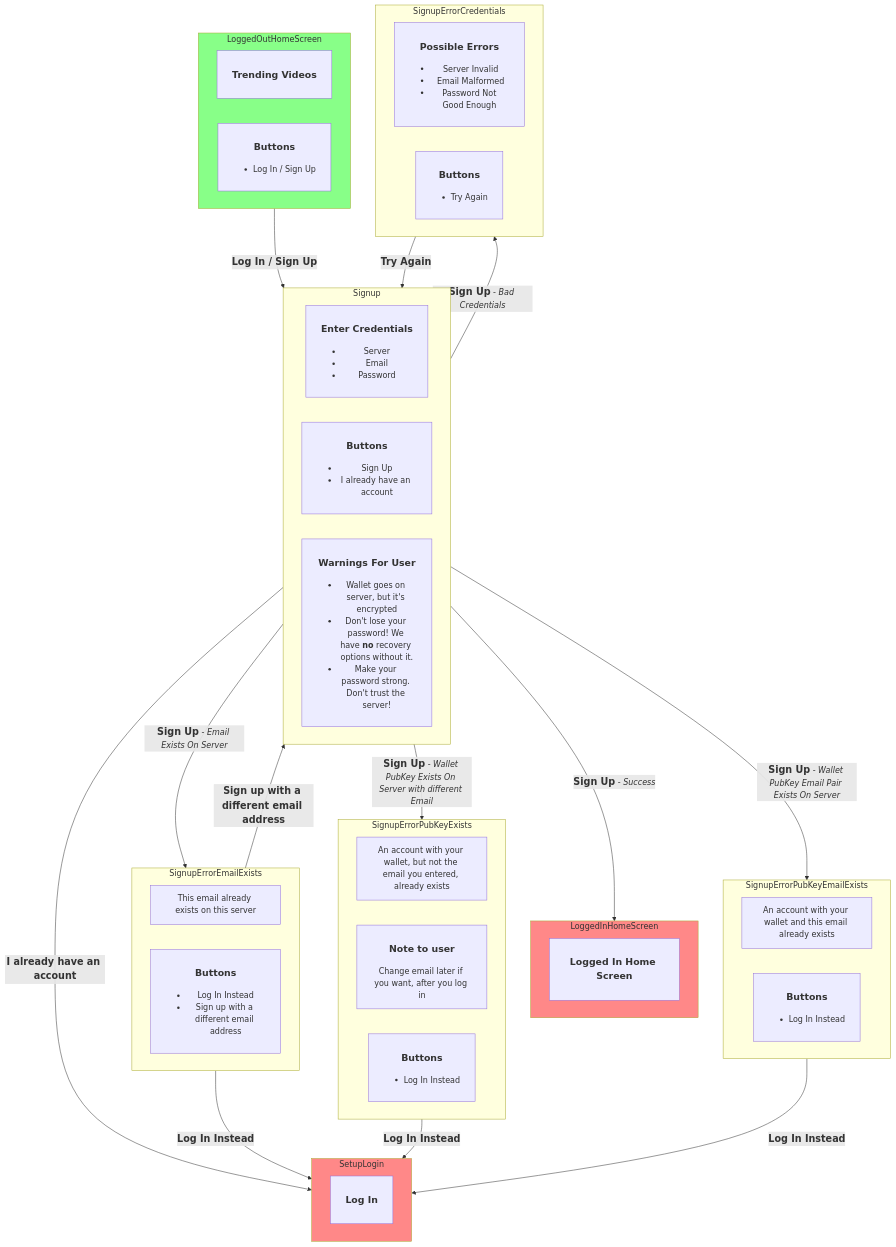
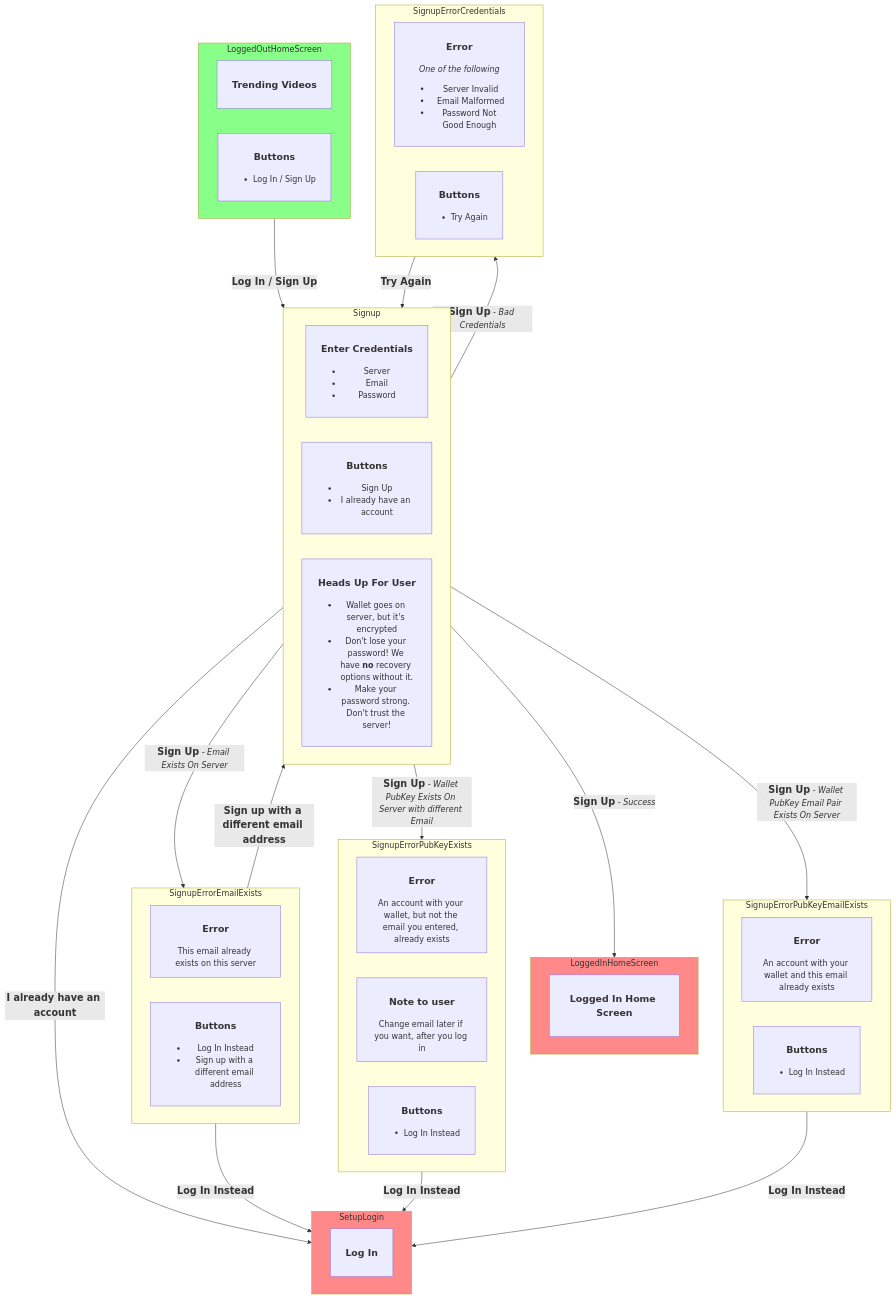
The first of 7 diagrams in spec/user-flows.md (orblivion/lbry-wallet-sync-draft), drawn with Mermaid before and after one commit.

Commit message:
Error Headers

````diff
--- a/spec/user-flows.md
+++ b/spec/user-flows.md
@@ -11,73 +11,73 @@
 ```mermaid
 flowchart TD
 	classDef start fill:#8f8;
 	classDef finish fill:#f88;
   LoggedInHomeScreen:::finish
   SetupLogin:::finish
   LoggedOutHomeScreen:::start
 
   LoggedOutHomeScreen --<big><b>Log In / Sign Up</b></big>--> Signup
   Signup --<big><b>Sign Up</b></big> - <i>Success</i>--> LoggedInHomeScreen
   Signup --<big><b>I already have an account</b></big>--> SetupLogin
 
   Signup --<big><b>Sign Up</b></big> - <i>Bad Credentials</i>--> SignupErrorCredentials
   SignupErrorCredentials --<big><b>Try Again</b></big>--> Signup
 
   Signup --<big><b>Sign Up</b></big> - <i>Email Exists On Server</i>--> SignupErrorEmailExists
   SignupErrorEmailExists --<big><b>Sign up with a different email address</b></big>--> Signup
   SignupErrorEmailExists --<big><b>Log In Instead</b></big>--> SetupLogin
 
   Signup --<big><b>Sign Up</b></big> - <i>Wallet PubKey Exists On Server with different Email</i>--> SignupErrorPubKeyExists
   SignupErrorPubKeyExists --<big><b>Log In Instead</b></big>--> SetupLogin
 
   Signup --<big><b>Sign Up</b></big> - <i>Wallet PubKey Email Pair Exists On Server</i>--> SignupErrorPubKeyEmailExists
   SignupErrorPubKeyEmailExists --<big><b>Log In Instead</b></big>--> SetupLogin
 
   subgraph LoggedOutHomeScreen
 		direction RL
     LoggedOutHomeScreen1[<h3>Trending Videos</h3>]
     LoggedOutHomeScreen2[<h3>Buttons</h3><ul><li>Log In / Sign Up</li></ul>]
   end
 
   subgraph LoggedInHomeScreen
 		LoggedInHomeScreen1[<h3>Logged In Home Screen</h3>]
   end
 
   subgraph SetupLogin
 		SetupLogin1[<h3>Log In</h3>]
   end
 
   subgraph SignupErrorPubKeyEmailExists
 		direction RL
-		SignupErrorPubKeyEmailExists1[An account with your wallet and this email already exists]
+		SignupErrorPubKeyEmailExists1[<h3>Error</h3>An account with your wallet and this email already exists]
     SignupErrorPubKeyEmailExists2[<h3>Buttons</h3><ul><li>Log In Instead</li></ul>]
   end
 
 	subgraph SignupErrorEmailExists
 		direction RL
-		SignupErrorEmailExists1[This email already exists on this server]
+		SignupErrorEmailExists1[<h3>Error</h3>This email already exists on this server]
     SignupErrorEmailExists2[<h3>Buttons</h3><ul><li>Log In Instead</li><li>Sign up with a different email address</li></ul>]
   end
 
   subgraph Signup
 		direction RL
     Signup1[<h3>Enter Credentials</h3><ul><li>Server</li><li>Email</li><li>Password</li></ul>]
     Signup2[<h3>Buttons</h3><ul><li>Sign Up</li></ul>]
     Signup2[<h3>Buttons</h3><ul><li>Sign Up</li><li>I already have an account</li></ul>]
-    Signup3[<h3>Warnings For User</h3><ul><li>Wallet goes on server, but it's encrypted<li>Don't lose your password! We have <b>no</b> recovery options without it.<li>Make your password strong. Don't trust the server!</ul>]
+    Signup3[<h3>Heads Up For User</h3><ul><li>Wallet goes on server, but it's encrypted<li>Don't lose your password! We have <b>no</b> recovery options without it.<li>Make your password strong. Don't trust the server!</ul>]
   end
 
   subgraph SignupErrorCredentials
 		direction RL
-		SignupErrorCredentials1[<h3>Possible Errors</h3><ul><li> Server Invalid<li> Email Malformed<li> Password Not Good Enough</ul>]
+		SignupErrorCredentials1[<h3>Error</h3><i>One of the following</i><ul><li> Server Invalid<li> Email Malformed<li> Password Not Good Enough</ul>]
     SignupErrorCredentials2[<h3>Buttons</h3><ul><li>Try Again</li></ul>]
   end
 
 
   subgraph SignupErrorPubKeyExists
 		direction RL
-		SignupErrorPubKeyExists1[An account with your wallet, but not the email you entered, already exists]
+		SignupErrorPubKeyExists1[<h3>Error</h3>An account with your wallet, but not the email you entered, already exists]
 		SignupErrorPubKeyExists2[<h3>Note to user</h3>Change email later if you want, after you log in]
     SignupErrorPubKeyExists3[<h3>Buttons</h3><ul><li>Log In Instead</li></ul>]
   end
 ```
````
